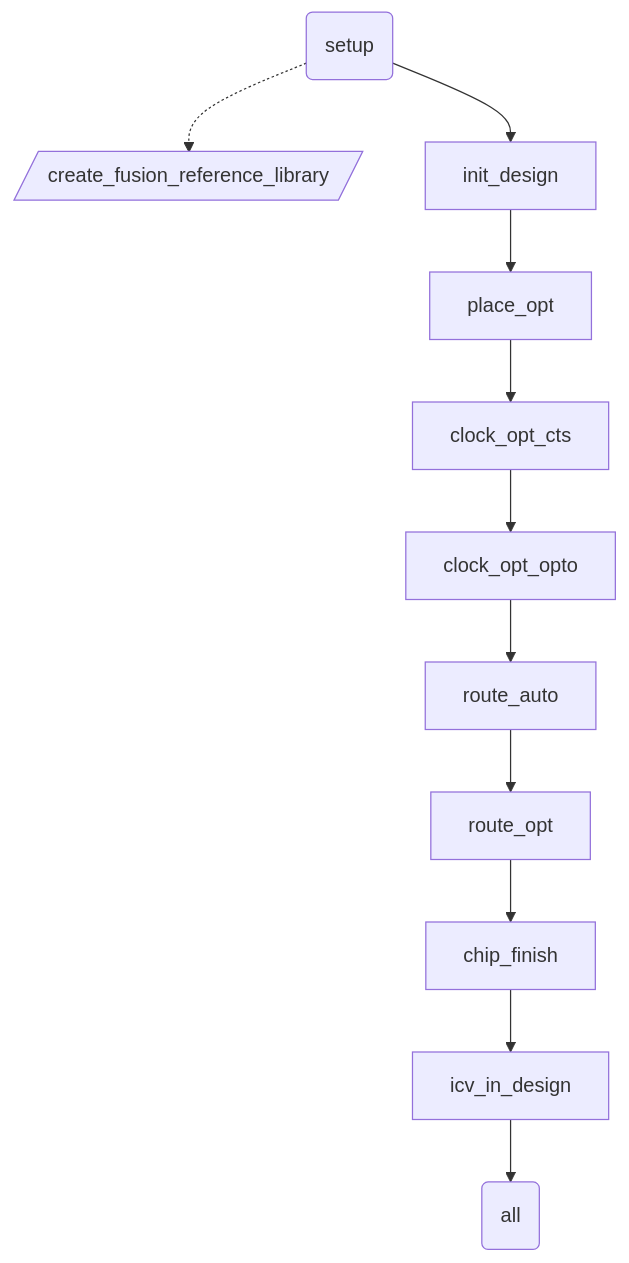
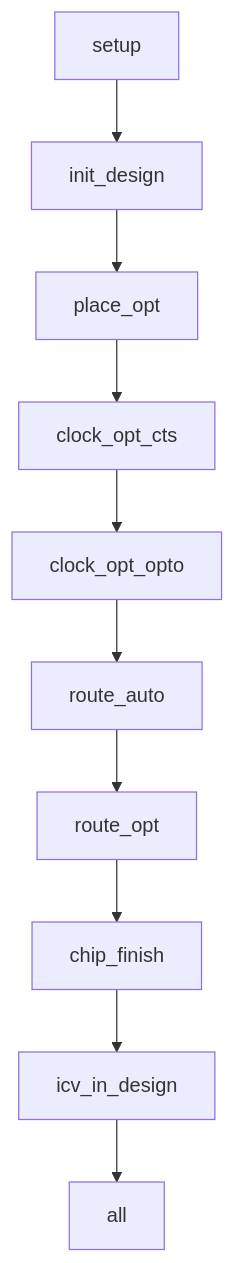
One commit to plusisland/ICC2 changed the sixth of 6 diagrams in ICC2DP.md. Above: the diagram before and after it, drawn with Mermaid. The commit also changed other lines of this file, not shown here.

````diff
--- a/ICC2DP.md
+++ b/ICC2DP.md
@@ -273,17 +254,12 @@
 ```mermaid
 flowchart TD
-    setup["setup"] -.-> create_fusion_reference_library["create_fusion_reference_library"]
-    setup --> init_design["init_design"]
+    setup["setup"] --> init_design["init_design"]
     init_design --> place_opt["place_opt"]
     place_opt --> clock_opt_cts["clock_opt_cts"]
     clock_opt_cts --> clock_opt_opto["clock_opt_opto"]
     clock_opt_opto --> route_auto["route_auto"]
     route_auto --> route_opt["route_opt"]
     route_opt --> chip_finish["chip_finish"]
     chip_finish --> icv_in_design["icv_in_design"]
     icv_in_design --> all["all"]
-
-    setup@{ shape: rounded}
-    create_fusion_reference_library@{ shape: lean-r}
-    all@{ shape: rounded}
 ```
````
